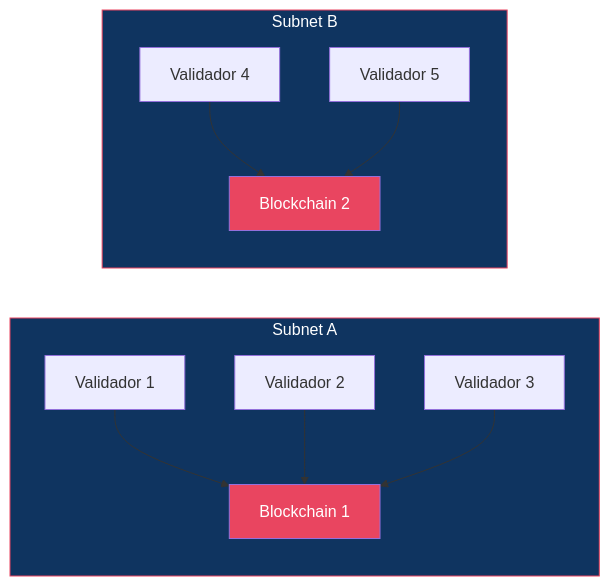
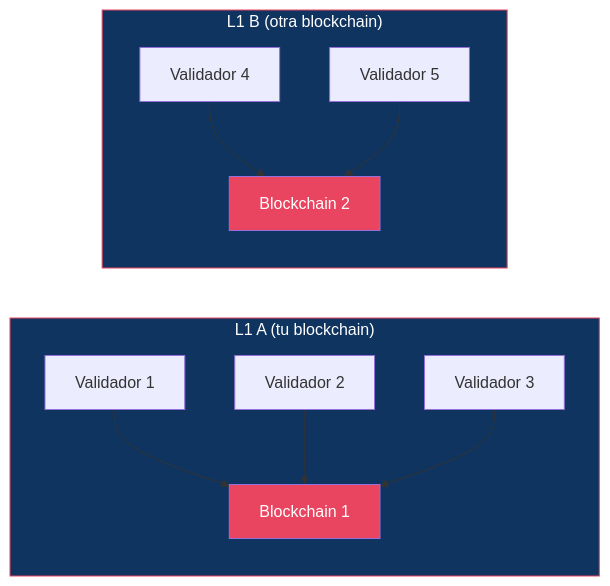
The second of 8 diagrams in semana-2/01-subnets-avalanche9000.md (MarxMad/Avax-Guide), drawn with Mermaid before and after one commit. The commit also changed other lines of this file and 10 other files, not shown here.

````diff
--- a/semana-2/01-subnets-avalanche9000.md
+++ b/semana-2/01-subnets-avalanche9000.md
@@ -56,23 +58,23 @@
 ```mermaid
 flowchart LR
-    subgraph SubnetA["Subnet A"]
+    subgraph L1A["L1 A (tu blockchain)"]
         V1[Validador 1]
         V2[Validador 2]
         V3[Validador 3]
         BC1[Blockchain 1]
     end
 
-    subgraph SubnetB["Subnet B"]
+    subgraph L1B["L1 B (otra blockchain)"]
         V4[Validador 4]
         V5[Validador 5]
         BC2[Blockchain 2]
     end
 
     V1 & V2 & V3 --> BC1
     V4 & V5 --> BC2
 
-    style SubnetA fill:#0f3460,stroke:#e94560,color:#fff
-    style SubnetB fill:#0f3460,stroke:#e94560,color:#fff
+    style L1A fill:#0f3460,stroke:#e94560,color:#fff
+    style L1B fill:#0f3460,stroke:#e94560,color:#fff
     style BC1 fill:#e94560,color:#fff
     style BC2 fill:#e94560,color:#fff
 ```
````
